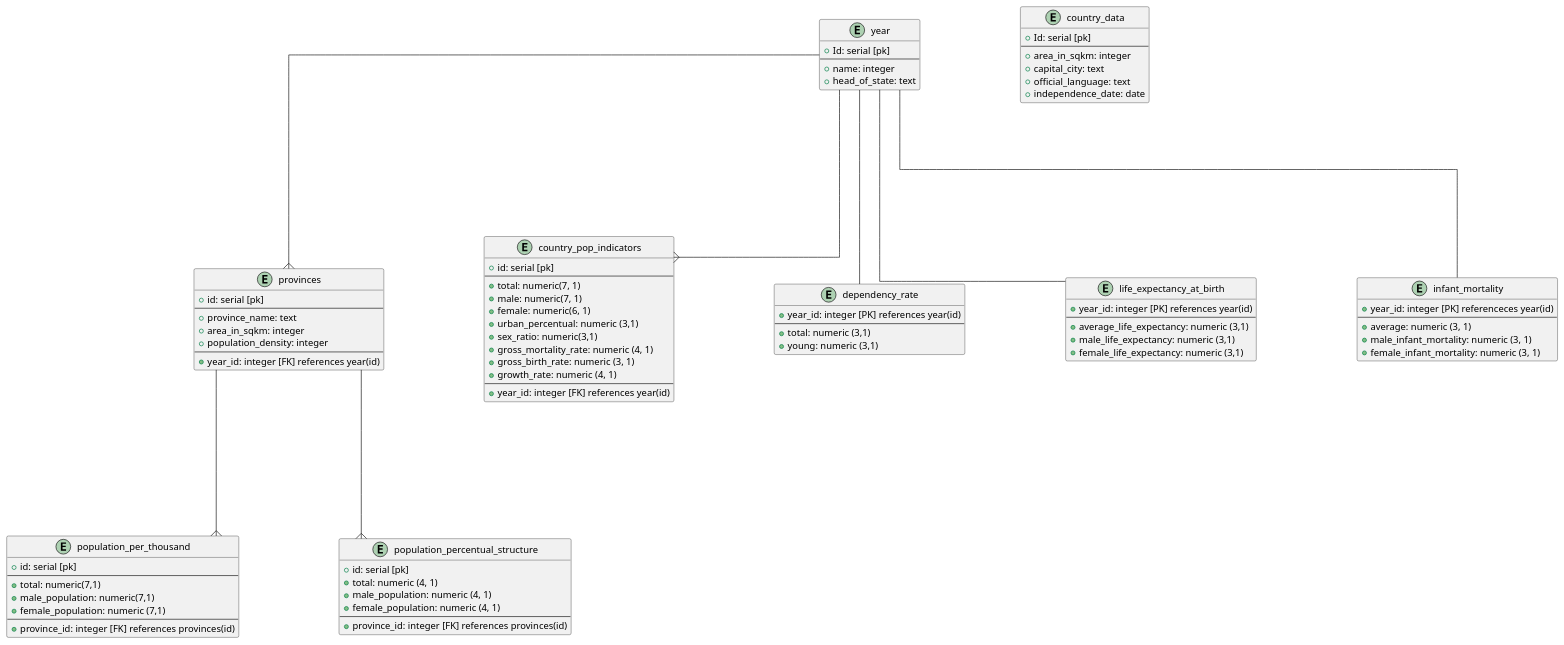
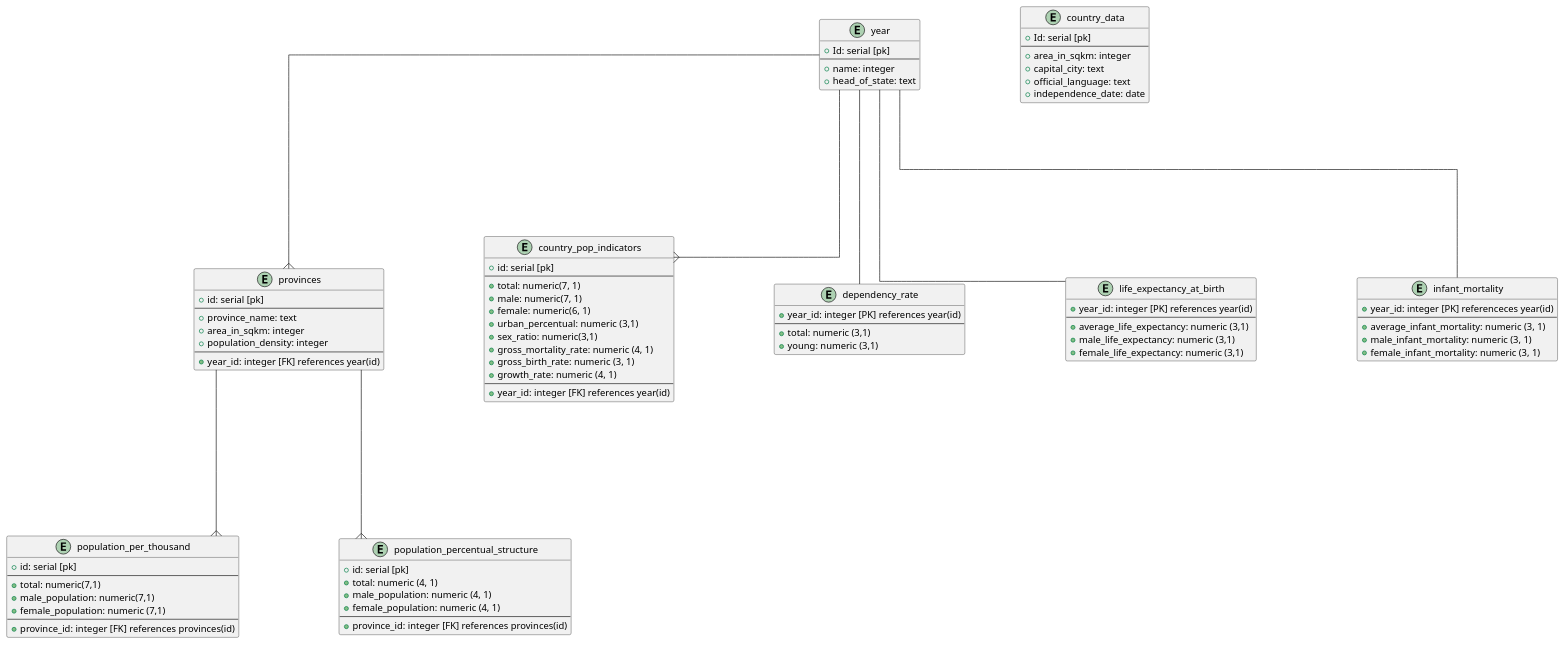
Before and after one commit to therakius/moz-demog-api: the diagram in dbschema.puml, drawn with PlantUML.

Commit message:
renamed to 'average_infant_mortality' in table 'infant_mortality'

```diff
--- a/dbschema.puml
+++ b/dbschema.puml
@@ -1,107 +1,107 @@
 @startuml moz_database
 skinparam {
     Nodesep 150
     Ranksep 200
     Linetype ortho
 }
 
 skinparam entity {
     BackgroundColor LightBlue
     FontSize 14
     ArrowThickness 1
 }
 
 entity year {
     + Id: serial [pk]
     --
     + name: integer
     + head_of_state: text
 }
 
 entity country_data {
     + Id: serial [pk]
     --
     + area_in_sqkm: integer
     + capital_city: text
     + official_language: text
     + independence_date: date
 }
 
 entity provinces {
    + id: serial [pk]
    --
    + province_name: text
    + area_in_sqkm: integer
    + population_density: integer
    --
    + year_id: integer [FK] references year(id)
 }
 
 entity population_per_thousand{
     + id: serial [pk]
     --
     + total: numeric(7,1)
     + male_population: numeric(7,1)
     + female_population: numeric (7,1)
     --
     + province_id: integer [FK] references provinces(id)
 }
 
 entity population_percentual_structure {
     + id: serial [pk]
     + total: numeric (4, 1)
     + male_population: numeric (4, 1)
     + female_population: numeric (4, 1)
     --
     + province_id: integer [FK] references provinces(id)
 }
 
 
 entity country_pop_indicators {
     + id: serial [pk]
     --
     + total: numeric(7, 1)
     + male: numeric(7, 1)
     + female: numeric(6, 1)
     + urban_percentual: numeric (3,1)
     + sex_ratio: numeric(3,1)
     + gross_mortality_rate: numeric (4, 1)
     + gross_birth_rate: numeric (3, 1)
     + growth_rate: numeric (4, 1)
     --
     + year_id: integer [FK] references year(id)
 }
 
 entity dependency_rate {
     + year_id: integer [PK] references year(id)
     --
     + total: numeric (3,1)
     + young: numeric (3,1)
 }
 
 entity life_expectancy_at_birth {
     + year_id: integer [PK] references year(id)
     --
     + average_life_expectancy: numeric (3,1)
     + male_life_expectancy: numeric (3,1)
     + female_life_expectancy: numeric (3,1)
 }
 
 entity infant_mortality {
     + year_id: integer [PK] referenceces year(id)
     --
-    + average: numeric (3, 1)
+    + average_infant_mortality: numeric (3, 1)
     + male_infant_mortality: numeric (3, 1)
     + female_infant_mortality: numeric (3, 1) 
 }
 
 'relashionships:
 year --{ provinces
 provinces --{ population_per_thousand
 provinces --{ population_percentual_structure
 year -- life_expectancy_at_birth
 year --{ country_pop_indicators
 year -- dependency_rate
 year -- infant_mortality
 
 @enduml
```
